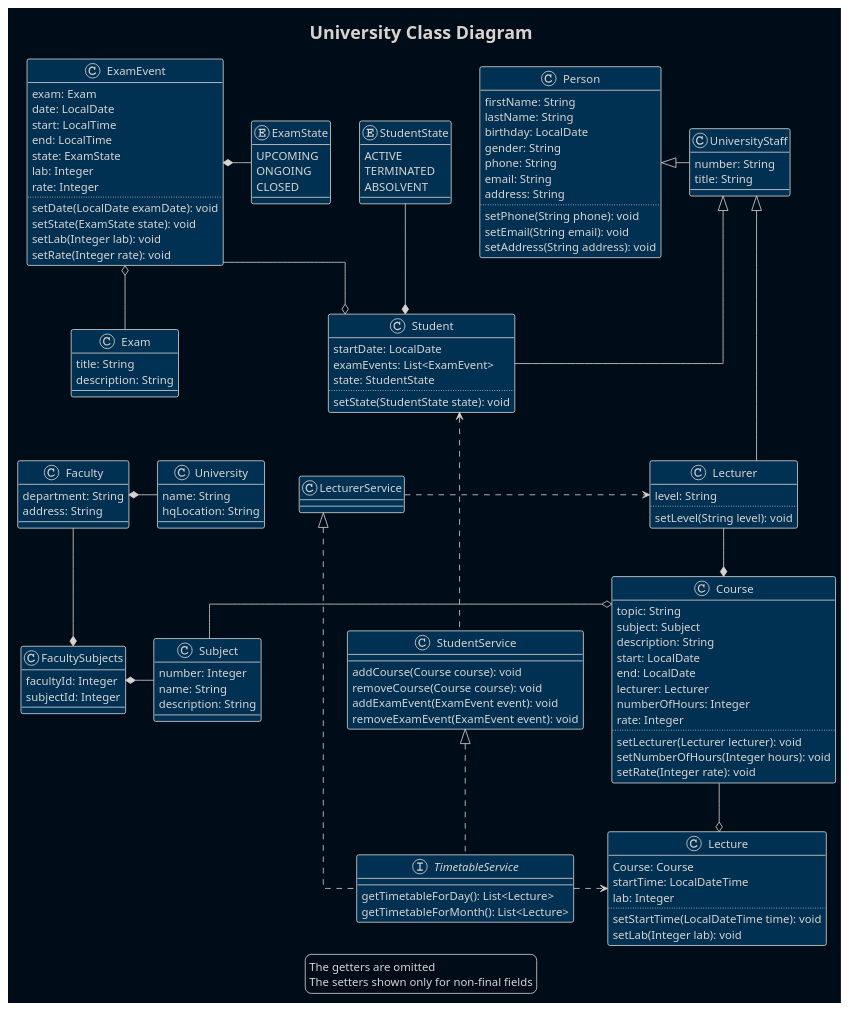
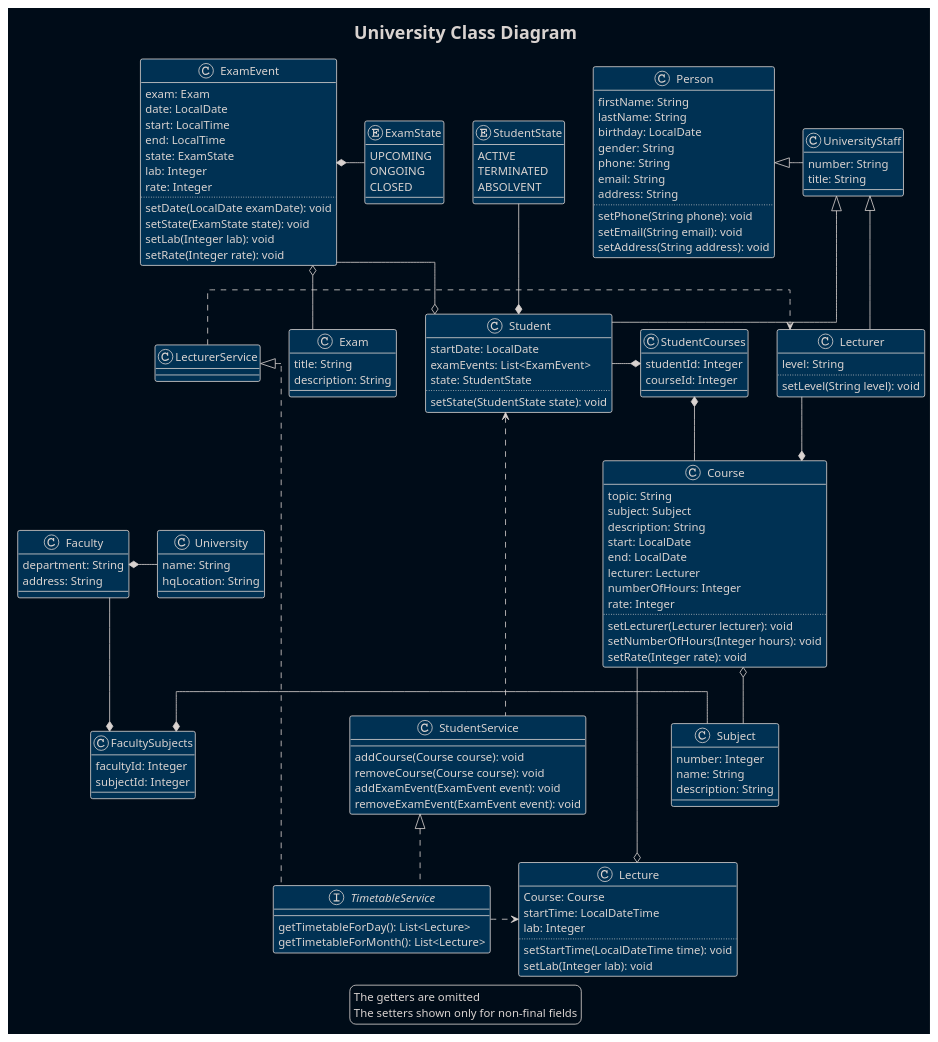
The diagram in src/main/resources/diagrams/University.puml (RomaEcho/University), drawn with PlantUML before and after one commit.

Commit message:
puml: StudentCourses class added

```diff
--- a/src/main/resources/diagrams/University.puml
+++ b/src/main/resources/diagrams/University.puml
@@ -1,144 +1,149 @@
 @startuml
 '!theme plain
 !theme blueprint
 skinparam BackgroundColor #000c18
 'skinparam ClassBackgroundColor #000c18
 skinparam linetype ortho
 
 title University Class Diagram
 class Person {
     firstName: String
     lastName: String
     birthday: LocalDate
     gender: String
     phone: String
     email: String
     address: String
     ..
     setPhone(String phone): void
     setEmail(String email): void
     setAddress(String address): void
 }
 class Student {
     startDate: LocalDate
     examEvents: List<ExamEvent>
     state: StudentState
     ..
     setState(StudentState state): void
 }
 enum StudentState {
     ACTIVE
     TERMINATED
     ABSOLVENT
 }
 class UniversityStaff {
     number: String
     title: String
 }
 class Subject {
     number: Integer
     name: String
     description: String
 }
 
 class Course {
     topic: String
     subject: Subject
     description: String
     start: LocalDate
     end: LocalDate
     lecturer: Lecturer
     numberOfHours: Integer
     rate: Integer
     ..
     setLecturer(Lecturer lecturer): void
     setNumberOfHours(Integer hours): void
     setRate(Integer rate): void
 }
 class Lecturer {
     level: String
     ..
     setLevel(String level): void
 }
 class Exam {
     title: String
     description: String
 }
 class ExamEvent {
     exam: Exam
     date: LocalDate
     start: LocalTime
     end: LocalTime
     state: ExamState
     lab: Integer
     rate: Integer
     ..
     setDate(LocalDate examDate): void
     setState(ExamState state): void
     setLab(Integer lab): void
     setRate(Integer rate): void
 }
 enum ExamState {
     UPCOMING
     ONGOING
     CLOSED
 }
 class Faculty {
     department: String
     address: String
 }
 class University {
     name: String
     hqLocation: String
 }
 class Lecture {
     Course: Course
     startTime: LocalDateTime
     lab: Integer
     ..
     setStartTime(LocalDateTime time): void
     setLab(Integer lab): void
 }
-
+class StudentCourses {
+    studentId: Integer
+    courseId: Integer
+}
 class FacultySubjects {
     facultyId: Integer
     subjectId: Integer
 }
 interface TimetableService {
     getTimetableForDay(): List<Lecture>
     getTimetableForMonth(): List<Lecture>
 }
 class StudentService {
     addCourse(Course course): void
     removeCourse(Course course): void
     addExamEvent(ExamEvent event): void
     removeExamEvent(ExamEvent event): void
 }
 class LecturerService
 
 Person <|-right- UniversityStaff
 UniversityStaff <|-- Student
 UniversityStaff <|-- Lecturer
 Student *-up- StudentState
+StudentCourses *- Student
+StudentCourses *- Course
 Course *-up- Lecturer
 Student o-up- ExamEvent
 ExamEvent o-- Exam
 ExamEvent *-right- ExamState
-Course o-left- Subject
+Course o-- Subject
 Faculty --* FacultySubjects
-Subject -left* FacultySubjects
+Subject -left-* FacultySubjects
 University -left* Faculty
 Student <... StudentService
 StudentService <|.. TimetableService
 LecturerService <|.. TimetableService
 LecturerService .> Lecturer
 TimetableService .right.> Lecture
 Course --o Lecture
 
 
 legend
     The getters are omitted
     The setters shown only for non-final fields
 endlegend
 
 @enduml
```
